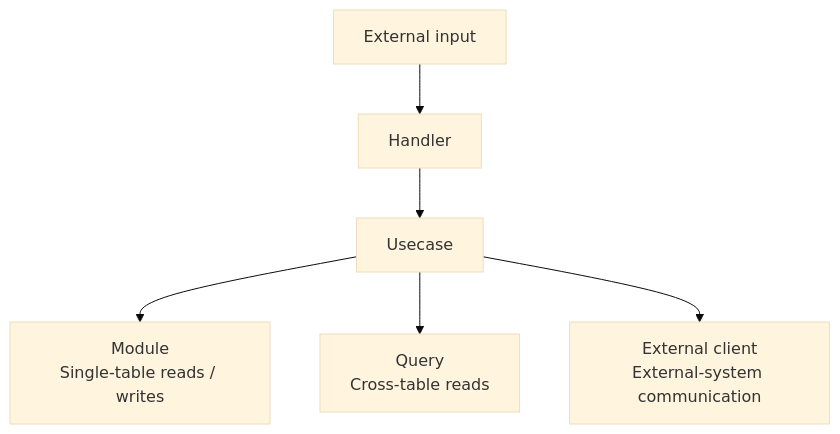
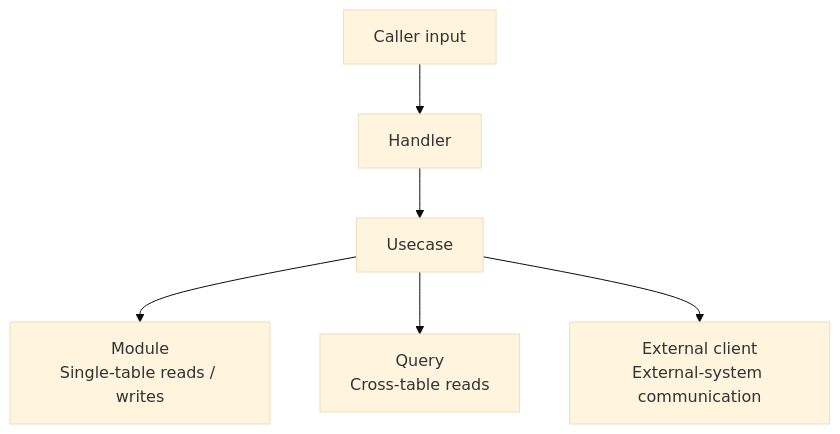
The diagram in docs/01-overview.md (kodaimura/humq), drawn with Mermaid (base theme) before and after one commit. The commit also changed other lines of this file and 11 other files, not shown here.

````diff
--- a/docs/01-overview.md
+++ b/docs/01-overview.md
@@ -30,8 +30,8 @@
 ```mermaid
 flowchart TD
-    input["External input"] --> handler["Handler"]
+    input["Caller input"] --> handler["Handler"]
     handler --> usecase["Usecase"]
     usecase --> module["Module<br>Single-table reads / writes"]
     usecase --> query["Query<br>Cross-table reads"]
     usecase --> client["External client<br>External-system communication"]
 ```
````
